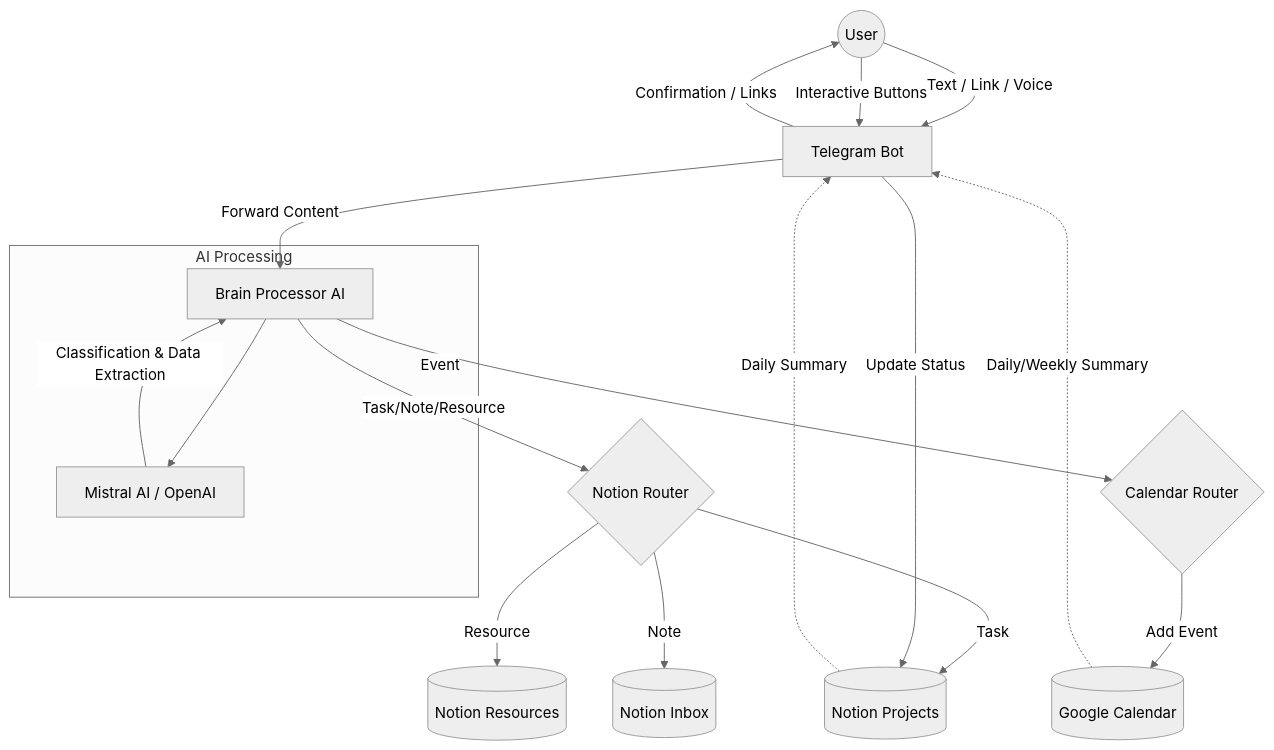
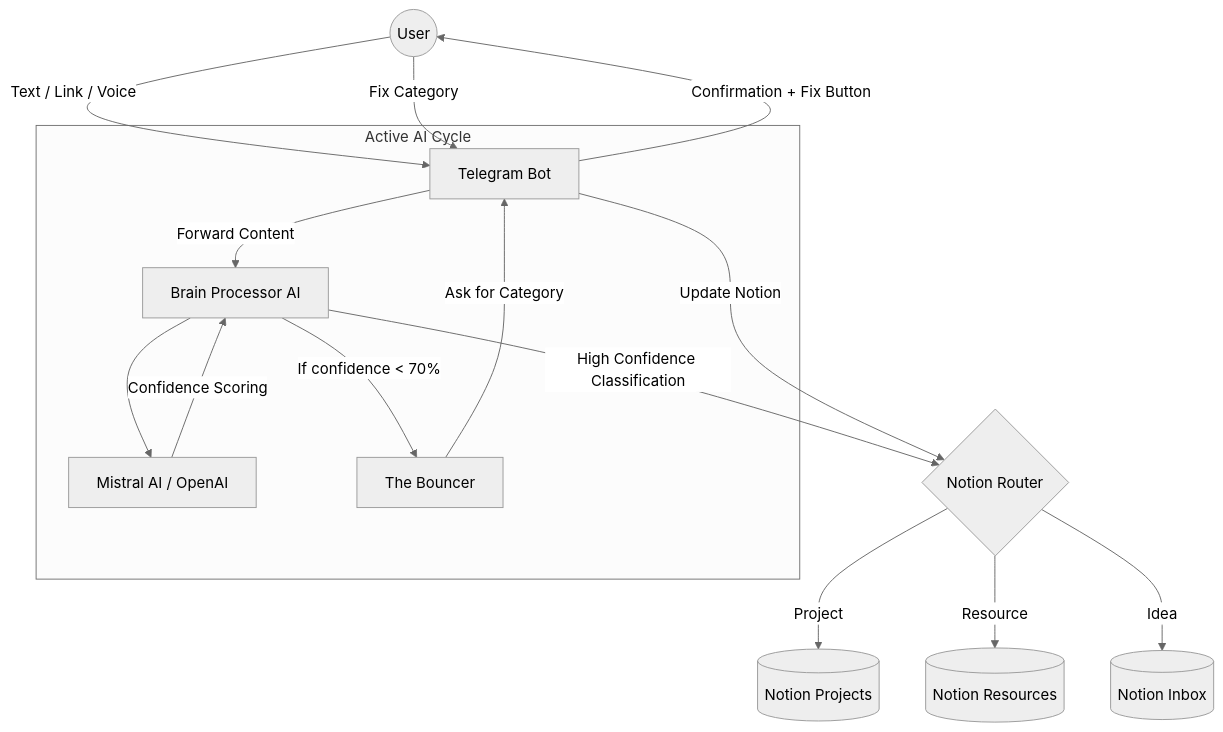
Before and after one commit to vsanyanov-ux/Second-Brain: the diagram in README.md, drawn with Mermaid (neutral theme). The commit also changed other lines of this file and 7 other files, not shown here.

Commit message:
Update to Second Brain 2026 Architecture: Bouncer, Fix Button, Todo Command, and refined AI processing

````diff
--- a/README.md
+++ b/README.md
@@ -7,26 +7,22 @@
 ```mermaid
 graph TD
     User((User)) -->|Text / Link / Voice| TG[Telegram Bot]
     TG -->|Forward Content| Processor[Brain Processor AI]
     
-    subgraph AI Processing
+    subgraph Active AI Cycle
         Processor --> LLM[Mistral AI / OpenAI]
-        LLM -->|Classification & Data Extraction| Processor
+        LLM -->|Confidence Scoring| Processor
+        Processor -->|If confidence < 70%| Bouncer[The Bouncer]
+        Bouncer -->|Ask for Category| TG
     end
 
-    Processor -->|Task/Note/Resource| NotionRouter{Notion Router}
-    Processor -->|Event| CalendarRouter{Calendar Router}
+    Processor -->|High Confidence Classification| NotionRouter{Notion Router}
     
-    NotionRouter -->|Task| Projects[(Notion Projects)]
+    NotionRouter -->|Project| Projects[(Notion Projects)]
     NotionRouter -->|Resource| Resources[(Notion Resources)]
-    NotionRouter -->|Note| Inbox[(Notion Inbox)]
+    NotionRouter -->|Idea| Inbox[(Notion Inbox)]
     
-    CalendarRouter -->|Add Event| GCal[(Google Calendar)]
-    
-    GCal -.->|Daily/Weekly Summary| TG
-    Projects -.->|Daily Summary| TG
-    
-    TG -->|Confirmation / Links| User
-    User -->|Interactive Buttons| TG
-    TG -->|Update Status| Projects
+    TG -->|Confirmation + Fix Button| User
+    User -->|Fix Category| TG
+    TG -->|Update Notion| NotionRouter
 ```
````
